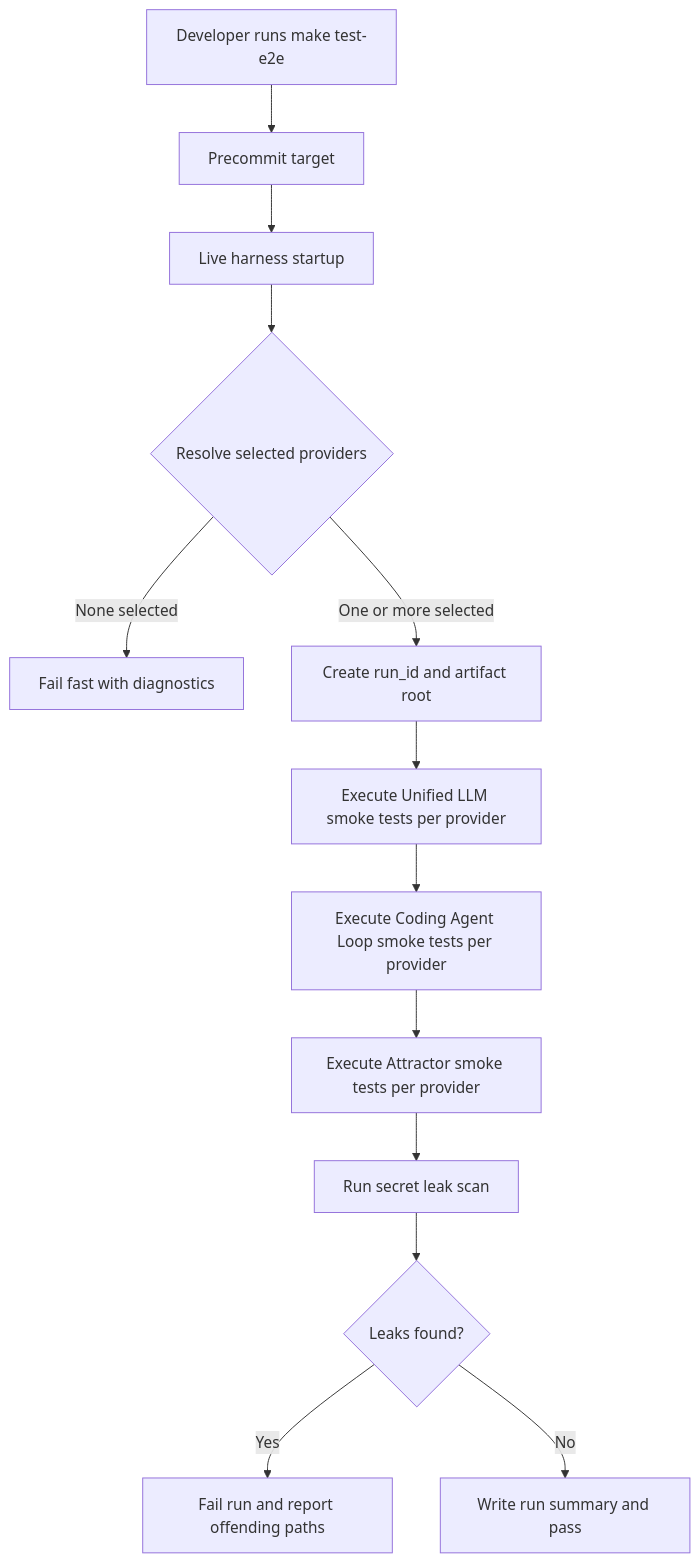
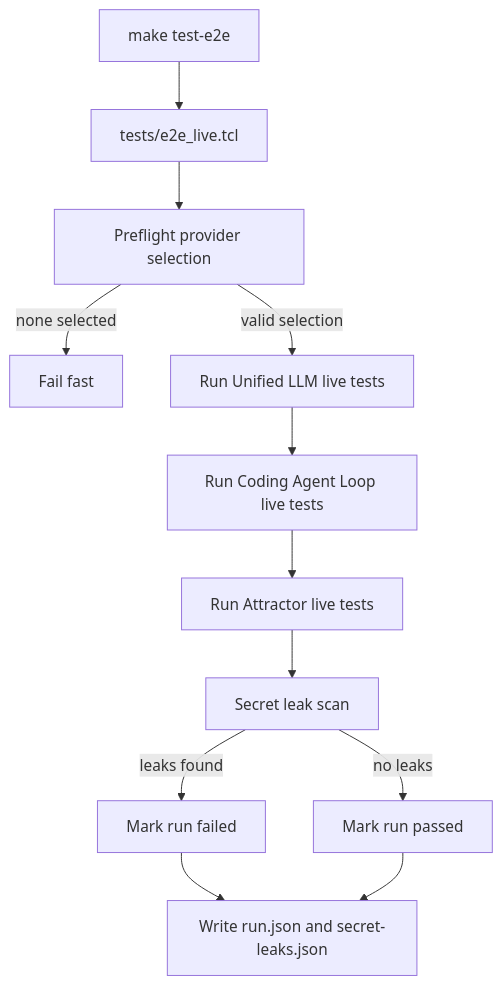
Before and after one commit to jaytaylor/attractor-tcl: the third of 5 diagrams in docs/sprints/SPRINT-004-comprehensive-implementation-plan.md, drawn with Mermaid. The commit also changed other lines of this file, not shown here.

````diff
--- a/docs/sprints/SPRINT-004-comprehensive-implementation-plan.md
+++ b/docs/sprints/SPRINT-004-comprehensive-implementation-plan.md
@@ -1378,15 +1923,14 @@
 ```mermaid
 flowchart TD
-  A[Developer runs make test-e2e] --> B[Precommit target]
-  B --> C[Live harness startup]
-  C --> D{Resolve selected providers}
-  D -->|None selected| E[Fail fast with diagnostics]
-  D -->|One or more selected| F[Create run_id and artifact root]
-  F --> G[Execute Unified LLM smoke tests per provider]
-  G --> H[Execute Coding Agent Loop smoke tests per provider]
-  H --> I[Execute Attractor smoke tests per provider]
-  I --> J[Run secret leak scan]
-  J --> K{Leaks found?}
-  K -->|Yes| L[Fail run and report offending paths]
-  K -->|No| M[Write run summary and pass]
+  A[make test-e2e] --> B[tests/e2e_live.tcl]
+  B --> C[Preflight provider selection]
+  C -->|none selected| D[Fail fast]
+  C -->|valid selection| E[Run Unified LLM live tests]
+  E --> F[Run Coding Agent Loop live tests]
+  F --> G[Run Attractor live tests]
+  G --> H[Secret leak scan]
+  H -->|leaks found| I[Mark run failed]
+  H -->|no leaks| J[Mark run passed]
+  I --> K[Write run.json and secret-leaks.json]
+  J --> K
 ```
````
